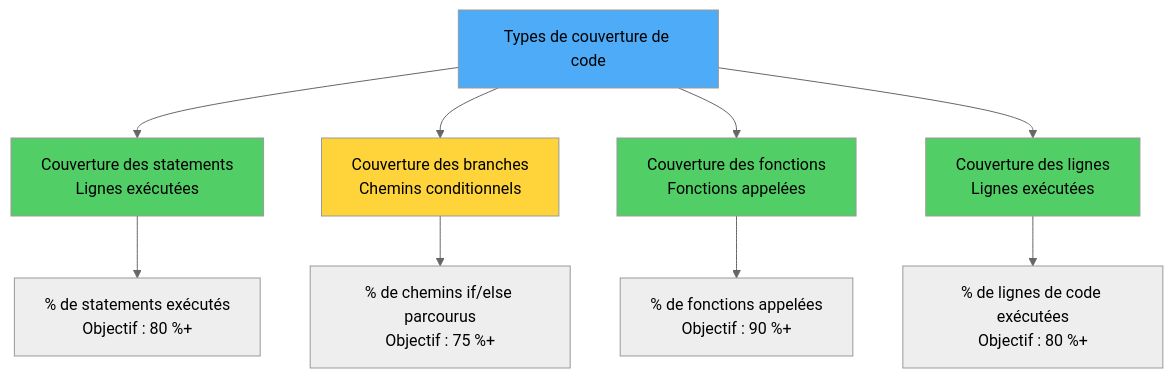
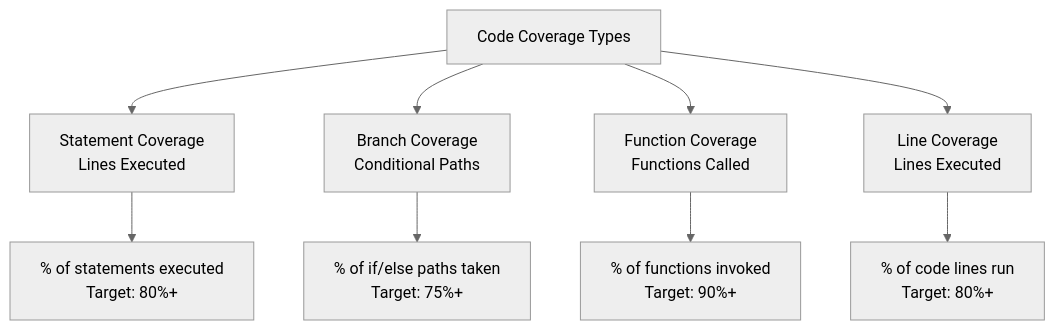
Before and after one commit to BabaScience/react-guides: the tenth of 10 diagrams in arguments/chapters/fr/10-testing.md, drawn with Mermaid (neutral theme). The commit also changed other lines of this file and 29 other files, not shown here.

First line of the commit message:
Bring React FR/IT translations to full English parity + theme-safe diagrams

````diff
--- a/arguments/chapters/fr/10-testing.md
+++ b/arguments/chapters/fr/10-testing.md
@@ -414,18 +2492,13 @@
 ```mermaid
 graph TD
-    A[Types de couverture de code] --> B[Couverture des statements<br/>Lignes exécutées]
-    A --> C[Couverture des branches<br/>Chemins conditionnels]
-    A --> D[Couverture des fonctions<br/>Fonctions appelées]
-    A --> E[Couverture des lignes<br/>Lignes exécutées]
-
-    B --> B1[% de statements exécutés<br/>Objectif : 80 %+]
-    C --> C1[% de chemins if/else parcourus<br/>Objectif : 75 %+]
-    D --> D1[% de fonctions appelées<br/>Objectif : 90 %+]
-    E --> E1[% de lignes de code exécutées<br/>Objectif : 80 %+]
-
-    style A fill:#4dabf7
-    style B fill:#51cf66
-    style C fill:#ffd43b
-    style D fill:#51cf66
-    style E fill:#51cf66
+    A[Code Coverage Types] --> B[Statement Coverage<br/>Lines Executed]
+    A --> C[Branch Coverage<br/>Conditional Paths]
+    A --> D[Function Coverage<br/>Functions Called]
+    A --> E[Line Coverage<br/>Lines Executed]
+    
+    B --> B1[% of statements executed<br/>Target: 80%+]
+    C --> C1[% of if/else paths taken<br/>Target: 75%+]
+    D --> D1[% of functions invoked<br/>Target: 90%+]
+    E --> E1[% of code lines run<br/>Target: 80%+]
+    
 ```
````
